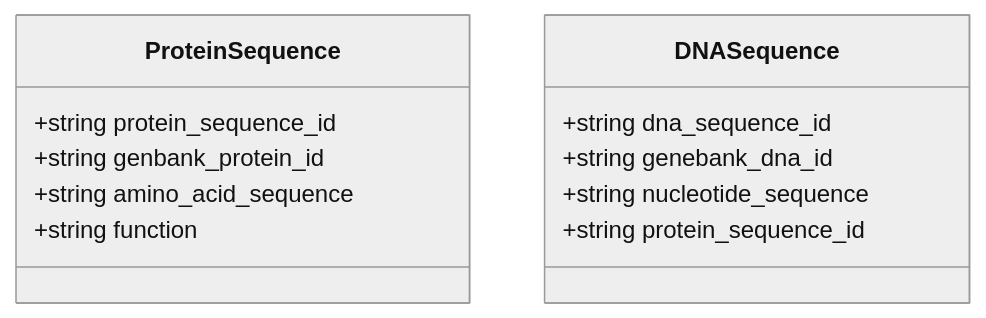
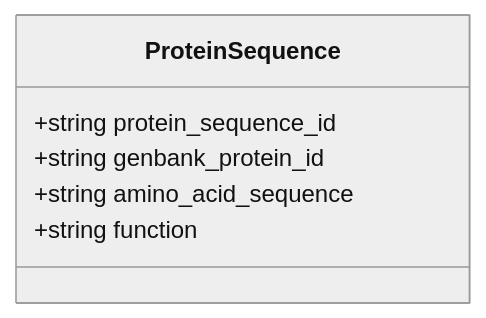
The diagram in PyEEDexample1/schemes/PyEED Data Model.md (maxim945/Database-present), drawn with Mermaid (neutral theme) before and after one commit. The commit also changed 3 other files, not shown here.

````diff
--- a/PyEEDexample1/schemes/PyEED Data Model.md
+++ b/PyEEDexample1/schemes/PyEED Data Model.md
@@ -1,18 +1,11 @@
 ```mermaid
 classDiagram
     
     class ProteinSequence {
         +string protein_sequence_id
         +string genbank_protein_id
         +string amino_acid_sequence
         +string function
     }
     
-    class DNASequence {
-        +string dna_sequence_id
-        +string genebank_dna_id
-        +string nucleotide_sequence
-        +string protein_sequence_id
-    }
-    
 ```
````
